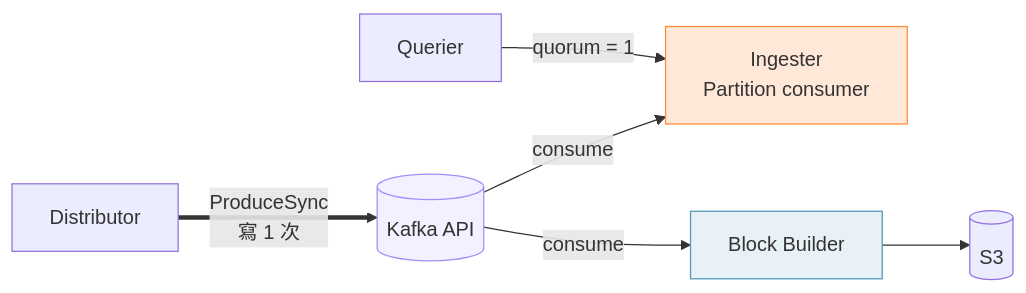
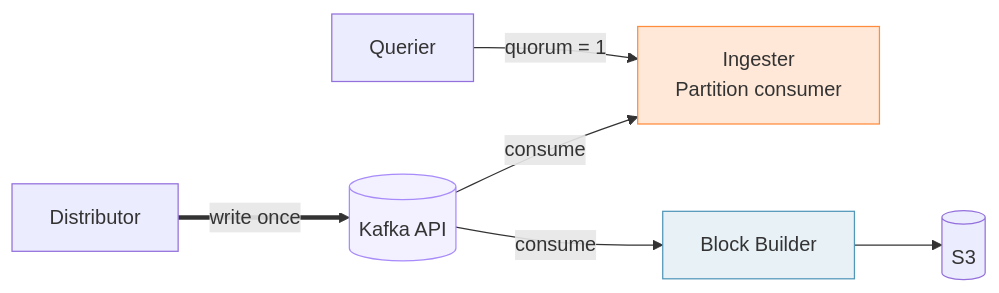
The second of 2 diagrams in slides.md (MikeHsu0618/mimir-talk), drawn with Mermaid before and after one commit. The commit also changed other lines of this file, not shown here.

````diff
--- a/slides.md
+++ b/slides.md
@@ -646,11 +646,11 @@
 ```mermaid {theme: 'dark', scale: 0.68}
 flowchart LR
-    D[Distributor] ==>|ProduceSync<br/>寫 1 次| K[(Kafka API)]
+    D[Distributor] ==>|write once| K[(Kafka API)]
     K -->|consume| I[Ingester<br/>Partition consumer]
     K -->|consume| BB[Block Builder]
     BB --> S3[(S3)]
     Q[Querier] -->|quorum = 1| I
     style K fill:#a78bfa22,stroke:#a78bfa
     style I fill:#ff8c3c33,stroke:#ff8c3c
     style BB fill:#5296B822,stroke:#5296B8
 ```
````
